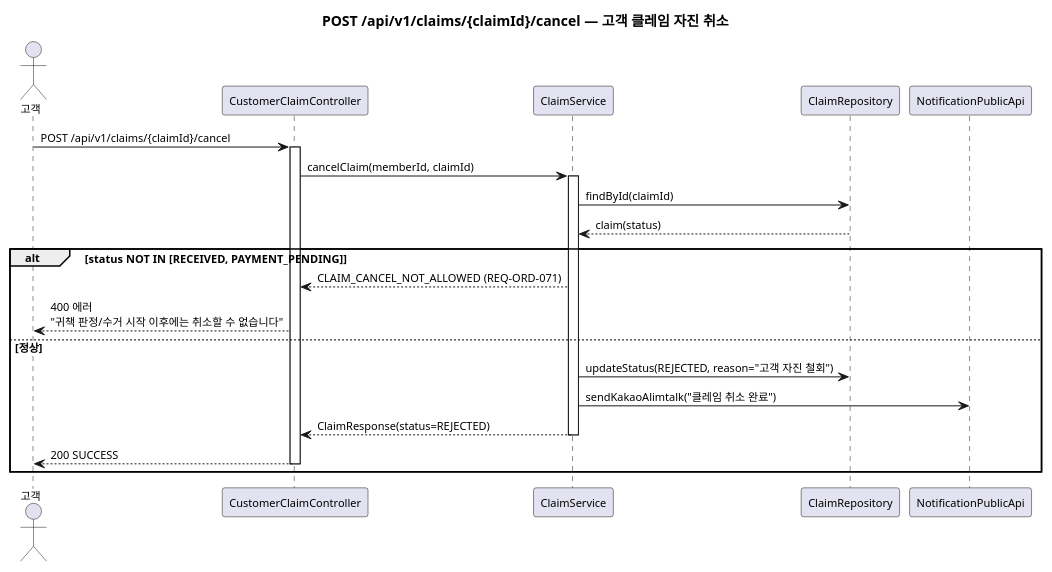
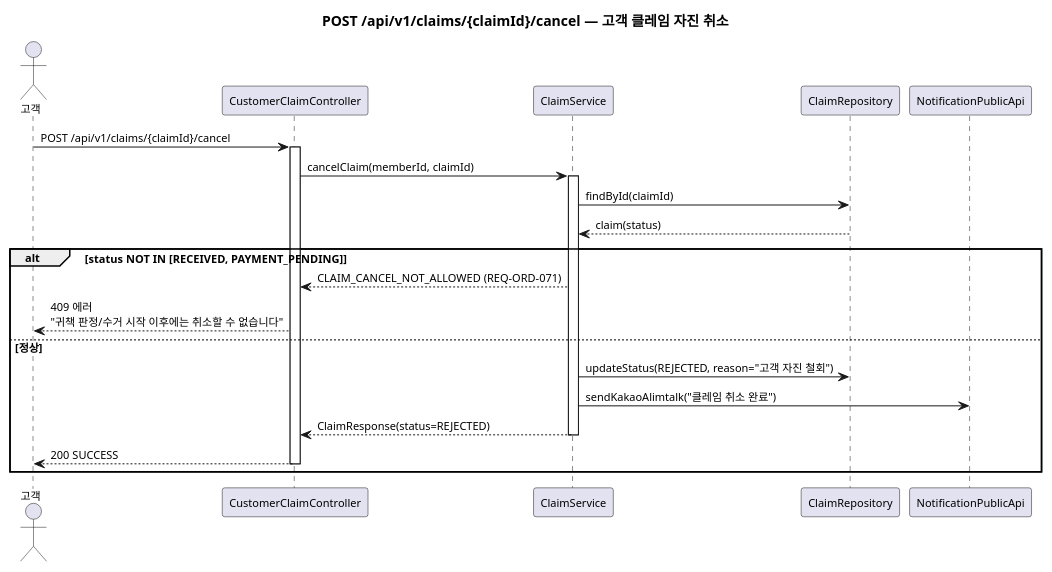
Before and after one commit to parknahyun/runNShop: the tenth of 26 diagrams in docs/자산화-단계별/S3-상세설계/DM-시퀀스(Order-Payment).md, drawn with PlantUML. The commit also changed other lines of this file and 39 other files, not shown here.

````diff
--- a/docs/자산화-단계별/S3-상세설계/DM-시퀀스(Order-Payment).md
+++ b/docs/자산화-단계별/S3-상세설계/DM-시퀀스(Order-Payment).md
@@ -556,35 +556,35 @@
 ```plantuml
 @startuml
 skinparam backgroundColor transparent
 skinparam defaultFontSize 11
 title POST /api/v1/claims/{claimId}/cancel — 고객 클레임 자진 취소
 
 actor 고객 as Client
 participant "CustomerClaimController" as CC
 participant "ClaimService" as CS
 participant "ClaimRepository" as CR
 participant "NotificationPublicApi" as Noti
 
 Client -> CC : POST /api/v1/claims/{claimId}/cancel
 activate CC
 
 CC -> CS : cancelClaim(memberId, claimId)
 activate CS
 
 CS -> CR : findById(claimId)
 CR --> CS : claim(status)
 
 alt status NOT IN [RECEIVED, PAYMENT_PENDING]
   CS --> CC : CLAIM_CANCEL_NOT_ALLOWED (REQ-ORD-071)
-  CC --> Client : 400 에러\n"귀책 판정/수거 시작 이후에는 취소할 수 없습니다"
+  CC --> Client : 409 에러\n"귀책 판정/수거 시작 이후에는 취소할 수 없습니다"
 else 정상
   CS -> CR : updateStatus(REJECTED, reason="고객 자진 철회")
   CS -> Noti : sendKakaoAlimtalk("클레임 취소 완료")
   CS --> CC : ClaimResponse(status=REJECTED)
   deactivate CS
   CC --> Client : 200 SUCCESS
   deactivate CC
 end
 
 @enduml
 ```
````
